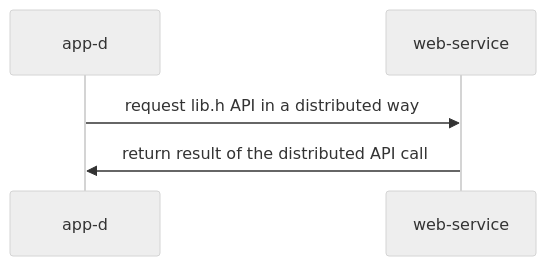
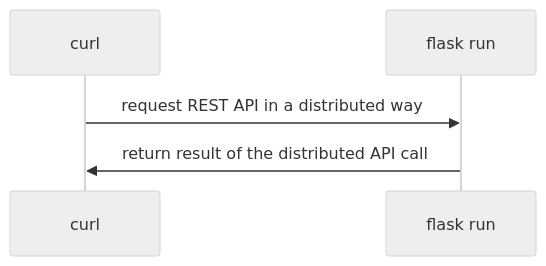
One commit to acaldero/uc3m_sd changed the diagram in distribuido-rest-json-flask/README.md. Above: the diagram before and after it, drawn with Mermaid (neutral theme). The commit also changed other lines of this file and 4 other files, not shown here.

````diff
--- a/distribuido-rest-json-flask/README.md
+++ b/distribuido-rest-json-flask/README.md
@@ -76,5 +76,5 @@
 ```mermaid
 sequenceDiagram
-    app-d          ->> web-service: request lib.h API in a distributed way
-    web-service    ->> app-d: return result of the distributed API call
+    curl           ->> flask run: request REST API in a distributed way
+    flask run      ->> curl: return result of the distributed API call
 ```
````
